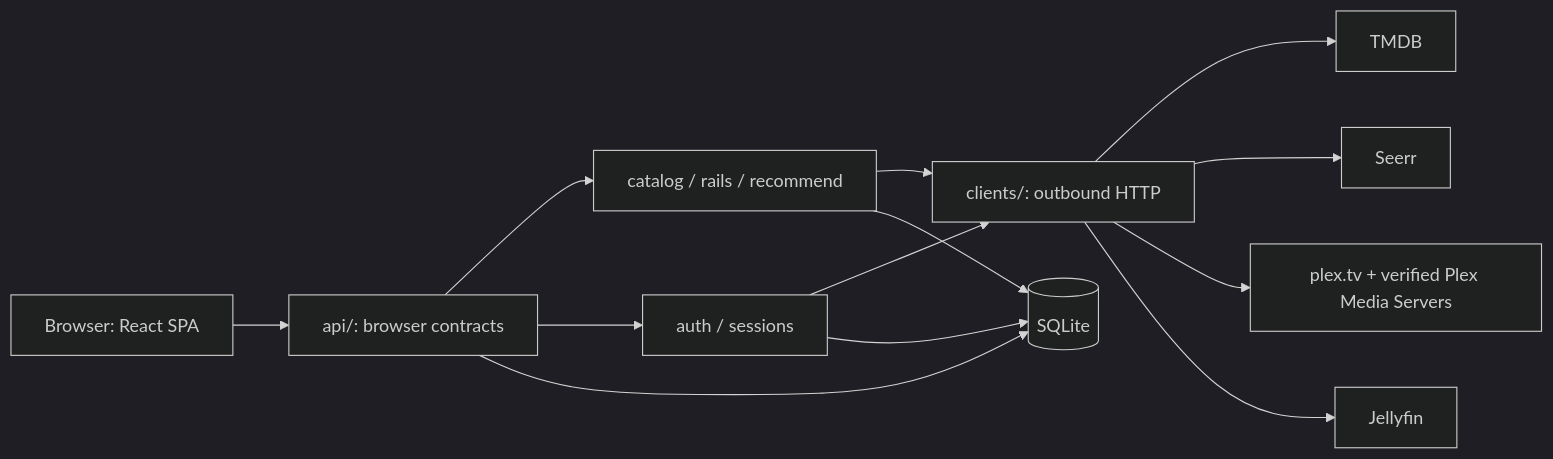
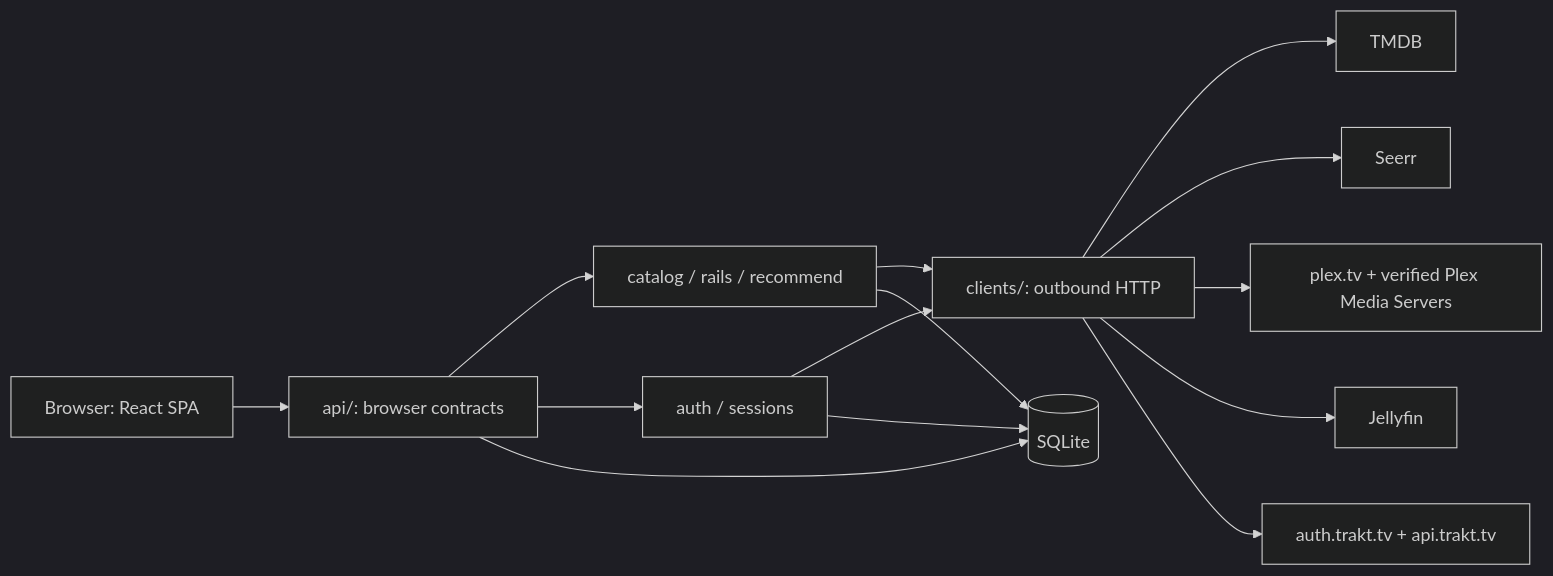
Before and after one commit to ZacharyArthur/tasterr: the diagram in docs/ARCHITECTURE.md, drawn with Mermaid (dark theme). The commit also changed other lines of this file and 232 other files, not shown here.

````diff
--- a/docs/ARCHITECTURE.md
+++ b/docs/ARCHITECTURE.md
@@ -8,15 +8,16 @@
 ```mermaid
 flowchart LR
     B["Browser: React SPA"] --> A["api/: browser contracts"]
     A --> D["catalog / rails / recommend"]
     A --> U["auth / sessions"]
     D --> C["clients/: outbound HTTP"]
     U --> C
     C --> T["TMDB"]
     C --> S["Seerr"]
     C --> P["plex.tv + verified Plex Media Servers"]
     C --> J["Jellyfin"]
+    C --> K["auth.trakt.tv + api.trakt.tv"]
     A --> Q[("SQLite")]
     D --> Q
     U --> Q
 ```
````
